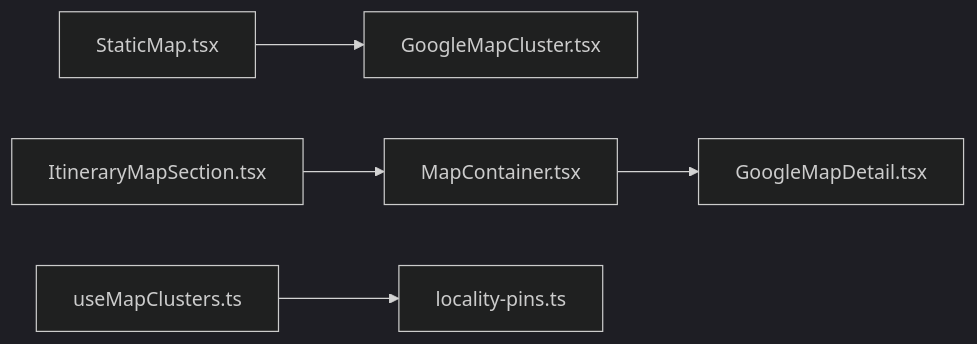
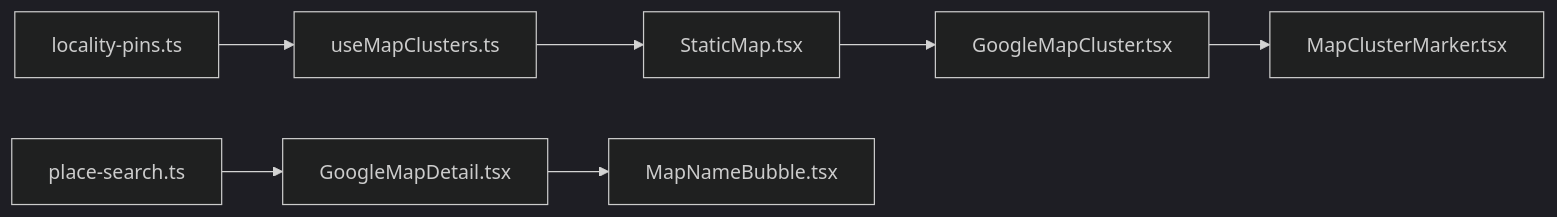
The seventh of 7 diagrams in .qoder/repowiki/en/content/Map Integration/Map Integration.md (Meaetin/alibaba-hackathon), drawn with Mermaid (dark theme) before and after one commit. The commit also changed other lines of this file and 241 other files, not shown here.

````diff
--- a/.qoder/repowiki/en/content/Map Integration/Map Integration.md
+++ b/.qoder/repowiki/en/content/Map Integration/Map Integration.md
@@ -240,7 +292,9 @@
 ```mermaid
 graph LR
-Static["StaticMap.tsx"] --> Cluster["GoogleMapCluster.tsx"]
-Container["MapContainer.tsx"] --> Detail["GoogleMapDetail.tsx"]
-UseClusters["useMapClusters.ts"] --> Pins["locality-pins.ts"]
-Itinerary["ItineraryMapSection.tsx"] --> Container
+P["place-search.ts"] --> D["GoogleMapDetail.tsx"]
+L["locality-pins.ts"] --> U["useMapClusters.ts"]
+U --> S["StaticMap.tsx"]
+S --> G["GoogleMapCluster.tsx"]
+G --> M["MapClusterMarker.tsx"]
+D --> N["MapNameBubble.tsx"]
 ```
````
